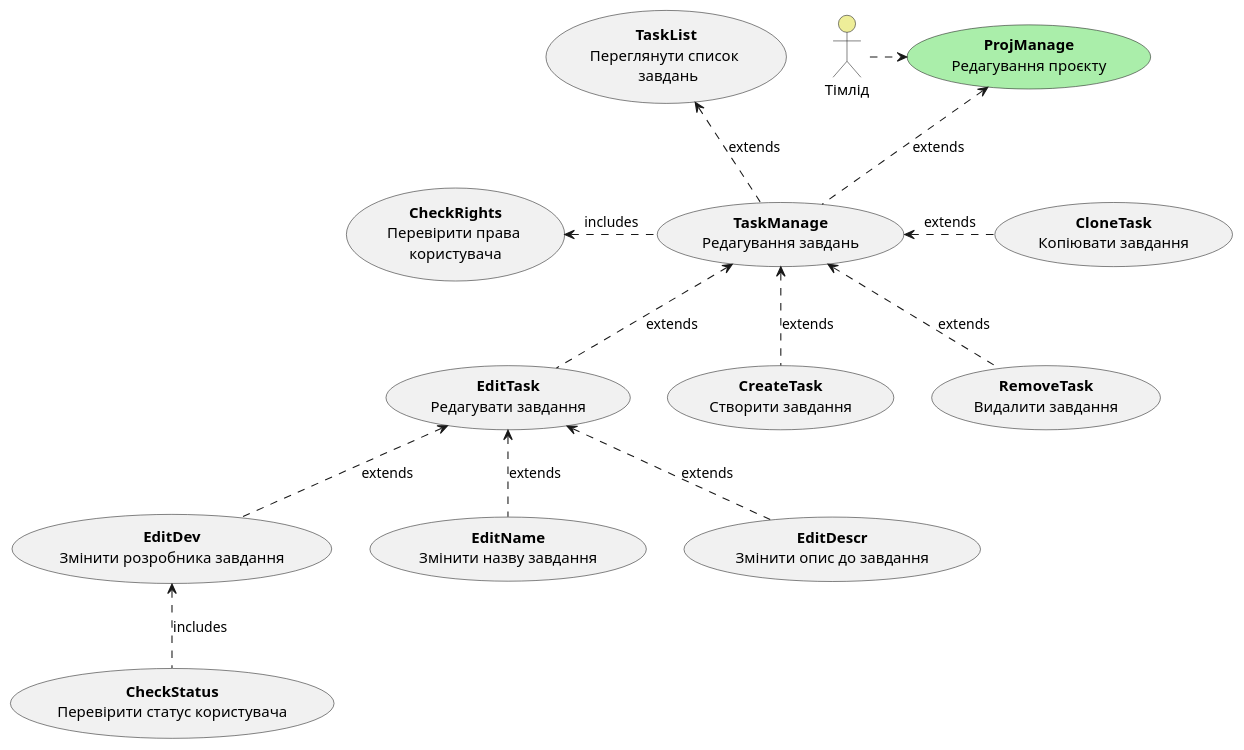
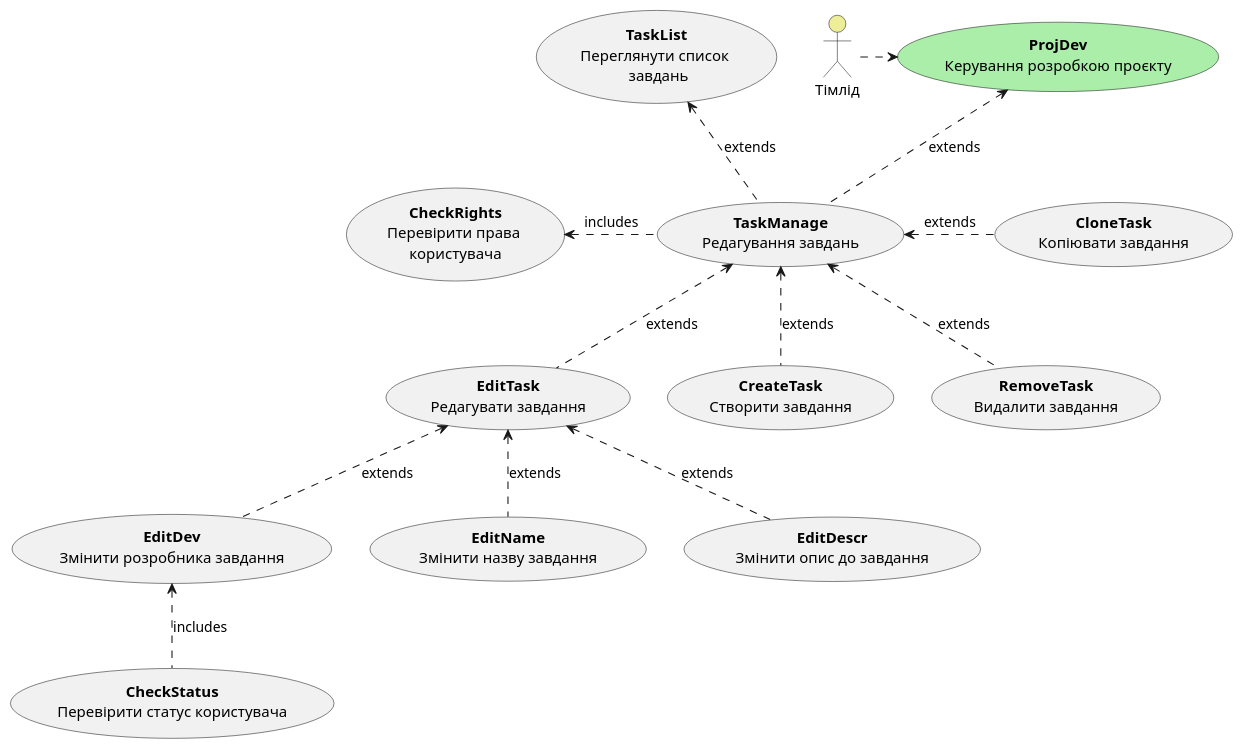
The fourth of 22 diagrams in docs/use cases/README.md (svitbar/dbuildery), drawn with PlantUML before and after one commit. The commit also changed other lines of this file and 1 other file, not shown here.

```diff
--- a/docs/use cases/README.md
+++ b/docs/use cases/README.md
@@ -166,40 +170,39 @@
 @startuml
 
-
-    usecase "<b>ProjManage</b>\nРедагування проєкту" as ProjManage #aaeeaa
+    usecase "<b>ProjDev</b>\nКерування розробкою проєкту" as ProjDev #aaeeaa
     usecase "<b>TaskManage</b>\nРедагування завдань" as TaskManage 
     
     actor "Тімлід" as Teamlead #eeee99
 
-    Teamlead .r.-> ProjManage
+    Teamlead .r.-> ProjDev
     
     usecase "<b>CheckRights</b>\nПеревірити права \nкористувача" as CheckRights
 
     usecase "<b>TaskList</b>\nПереглянути список \n завдань" as TaskList
     usecase "<b>CreateTask</b>\nСтворити завдання" as CreateTask
     usecase "<b>RemoveTask</b>\nВидалити завдання" as RemoveTask
     usecase "<b>EditTask</b>\nРедагувати завдання" as EditTask
     usecase "<b>CloneTask</b>\nКопіювати завдання" as CloneTask
     
-    TaskManage .u.> ProjManage: extends
+    TaskManage .u.> ProjDev: extends
     TaskManage .u.> TaskList: extends
     CreateTask .u.> TaskManage: extends
     EditTask .u.> TaskManage: extends
     RemoveTask .u.> TaskManage: extends
     CloneTask .l.> TaskManage: extends
     
     TaskManage .l.> CheckRights: includes
 
     usecase "<b>EditName</b>\nЗмінити назву завдання" as EditName
     usecase "<b>EditDescr</b>\nЗмінити опис до завдання" as EditDescr
     usecase "<b>EditDev</b>\nЗмінити розробника завдання" as EditDev
 
     usecase "<b>CheckStatus</b>\nПеревірити статус користувача" as CheckStatus
 
     EditName .u.> EditTask: extends
     EditDescr .u.> EditTask: extends
     EditDev .u.> EditTask: extends
 
     CheckStatus .u.> EditDev: includes
 
 @enduml
```
